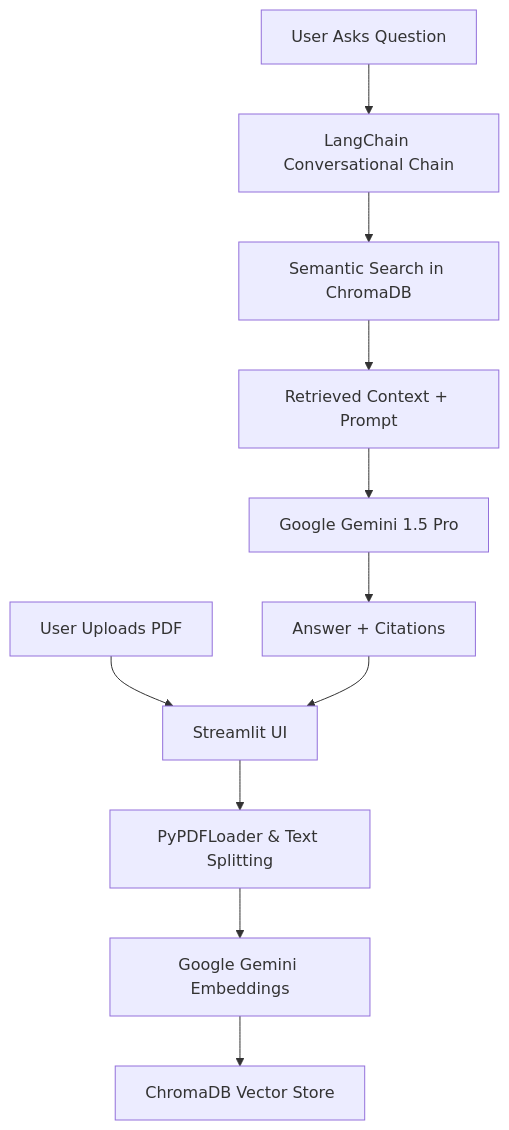
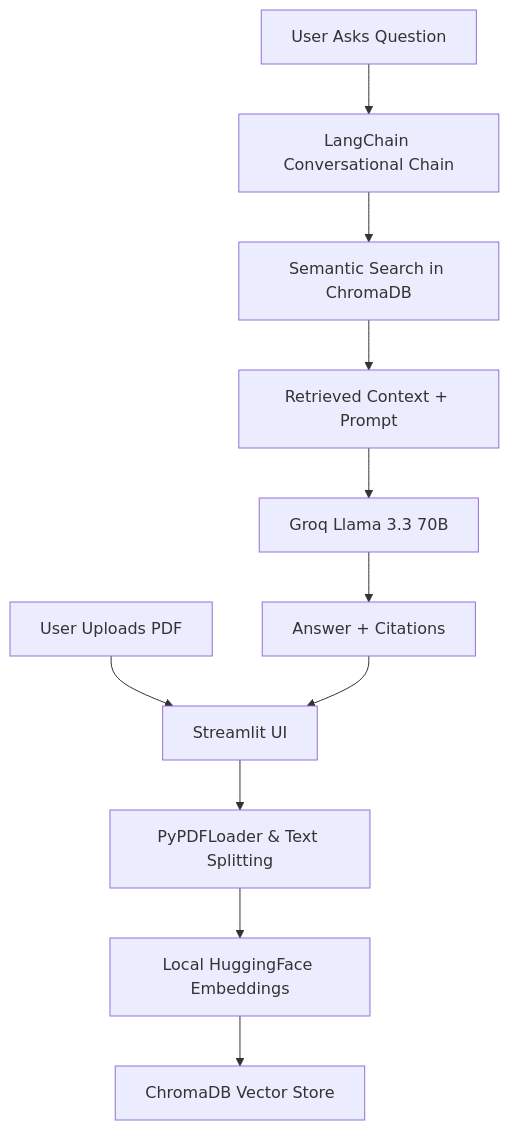
Before and after one commit to AniruddhAgrahari/Intellect_Vault: the diagram in README.md, drawn with Mermaid. The commit also changed other lines of this file and 1 other file, not shown here.

Commit message:
docs: Update README and .env.example to reflect Groq API and local embeddings architecture

````diff
--- a/README.md
+++ b/README.md
@@ -15,13 +17,13 @@
 ```mermaid
 graph TD
     A[User Uploads PDF] --> B[Streamlit UI]
     B --> C[PyPDFLoader & Text Splitting]
-    C --> D[Google Gemini Embeddings]
+    C --> D[Local HuggingFace Embeddings]
     D --> E[ChromaDB Vector Store]
     F[User Asks Question] --> G[LangChain Conversational Chain]
     G --> H[Semantic Search in ChromaDB]
     H --> I[Retrieved Context + Prompt]
-    I --> J[Google Gemini 1.5 Pro]
+    I --> J[Groq Llama 3.3 70B]
     J --> K[Answer + Citations]
     K --> B
 ```
````
